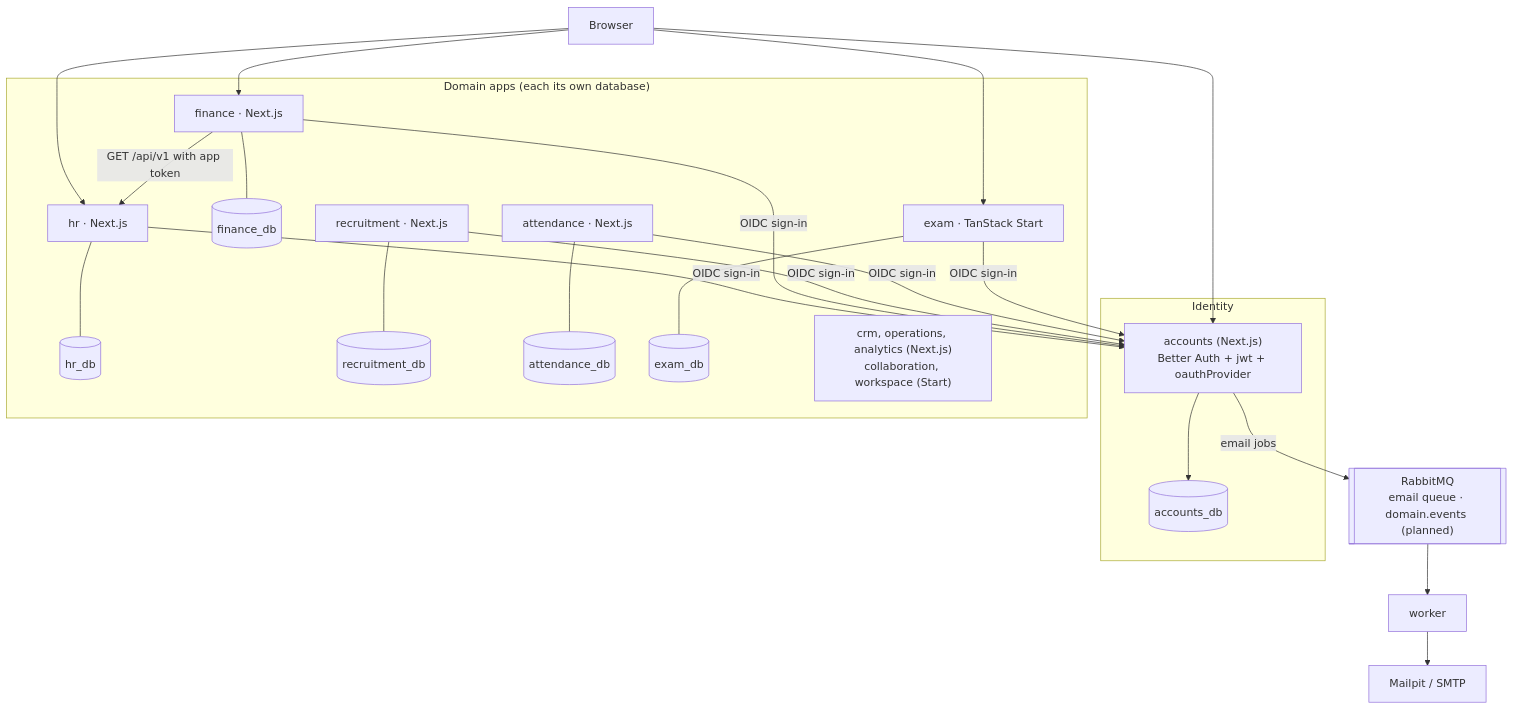
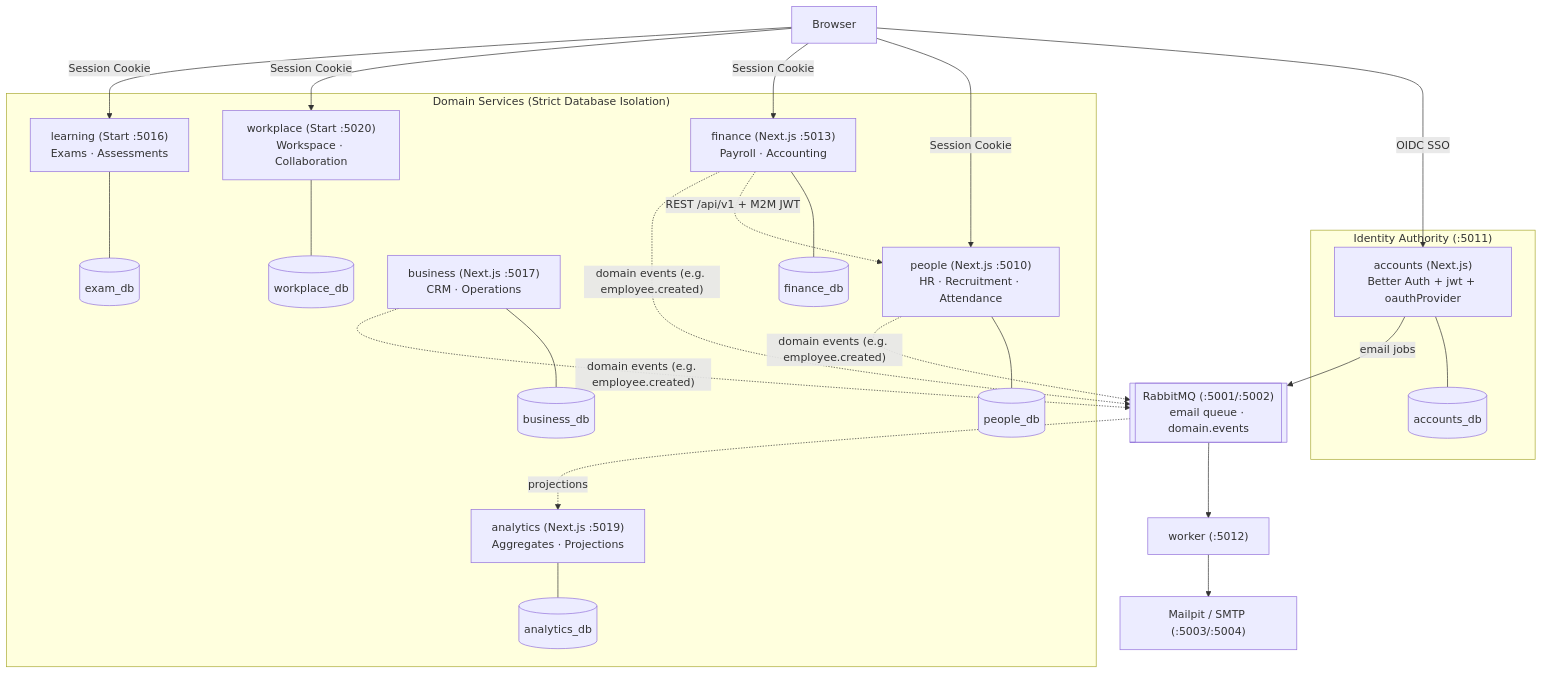
The diagram in ARCHITECTURE.md (rmValdez/next-tanstack-framework-template), drawn with Mermaid before and after one commit. The commit also changed other lines of this file and 2 other files, not shown here.

Commit message:
Docs: Decision D21 bounded contexts architecture and boundary rules

````diff
--- a/ARCHITECTURE.md
+++ b/ARCHITECTURE.md
@@ -43,29 +35,51 @@
 ```mermaid
 graph TD
     Browser["Browser"]
 
-    subgraph Identity
+    subgraph Identity["Identity Authority (:5011)"]
         ACC["accounts (Next.js)<br/>Better Auth + jwt + oauthProvider"]
         ACCDB[("accounts_db")]
+        ACC --- ACCDB
     end
 
-    subgraph Domains["Domain apps (each its own database)"]
-        HR["hr · Next.js"] --- HRDB[("hr_db")]
-        FIN["finance · Next.js"] --- FINDB[("finance_db")]
-        REC["recruitment · Next.js"] --- RECDB[("recruitment_db")]
-        ATT["attendance · Next.js"] --- ATTDB[("attendance_db")]
-        EXAM["exam · TanStack Start"] --- EXAMDB[("exam_db")]
-        MORE["crm, operations, analytics (Next.js)<br/>collaboration, workspace (Start)"]
+    subgraph Contexts["Domain Services (Strict Database Isolation)"]
+        PEOPLE["people (Next.js :5010)<br/>HR · Recruitment · Attendance"]
+        PEOPLE_DB[("people_db")]
+        PEOPLE --- PEOPLE_DB
+
+        FIN["finance (Next.js :5013)<br/>Payroll · Accounting"]
+        FIN_DB[("finance_db")]
+        FIN --- FIN_DB
+
+        BUS["business (Next.js :5017)<br/>CRM · Operations"]
+        BUS_DB[("business_db")]
+        BUS --- BUS_DB
+
+        WP["workplace (Start :5020)<br/>Workspace · Collaboration"]
+        WP_DB[("workplace_db")]
+        WP --- WP_DB
+
+        EXAM["learning (Start :5016)<br/>Exams · Assessments"]
+        EXAM_DB[("exam_db")]
+        EXAM --- EXAM_DB
+
+        ANA["analytics (Next.js :5019)<br/>Aggregates · Projections"]
+        ANA_DB[("analytics_db")]
+        ANA --- ANA_DB
     end
 
-    MQ[["RabbitMQ<br/>email queue · domain.events (planned)"]]
-    WK["worker"]
-    MAIL["Mailpit / SMTP"]
+    MQ[["RabbitMQ (:5001/:5002)<br/>email queue · domain.events"]]
+    WK["worker (:5012)"]
+    MAIL["Mailpit / SMTP (:5003/:5004)"]
 
-    Browser --> ACC
-    Browser --> HR & FIN & EXAM
-    HR & FIN & REC & ATT & EXAM -->|"OIDC sign-in"| ACC
-    FIN -->|"GET /api/v1 with app token"| HR
-    ACC --> ACCDB
+    Browser -->|"OIDC SSO"| ACC
+    Browser -->|"Session Cookie"| PEOPLE & FIN & WP & EXAM
+
+    %% Synchronous API
+    FIN -.->|"REST /api/v1 + M2M JWT"| PEOPLE
+
+    %% Asynchronous Events
     ACC -->|"email jobs"| MQ --> WK --> MAIL
+    PEOPLE & FIN & BUS -.->|"domain events (e.g. employee.created)"| MQ
+    MQ -.->|"projections"| ANA
 ```
````
